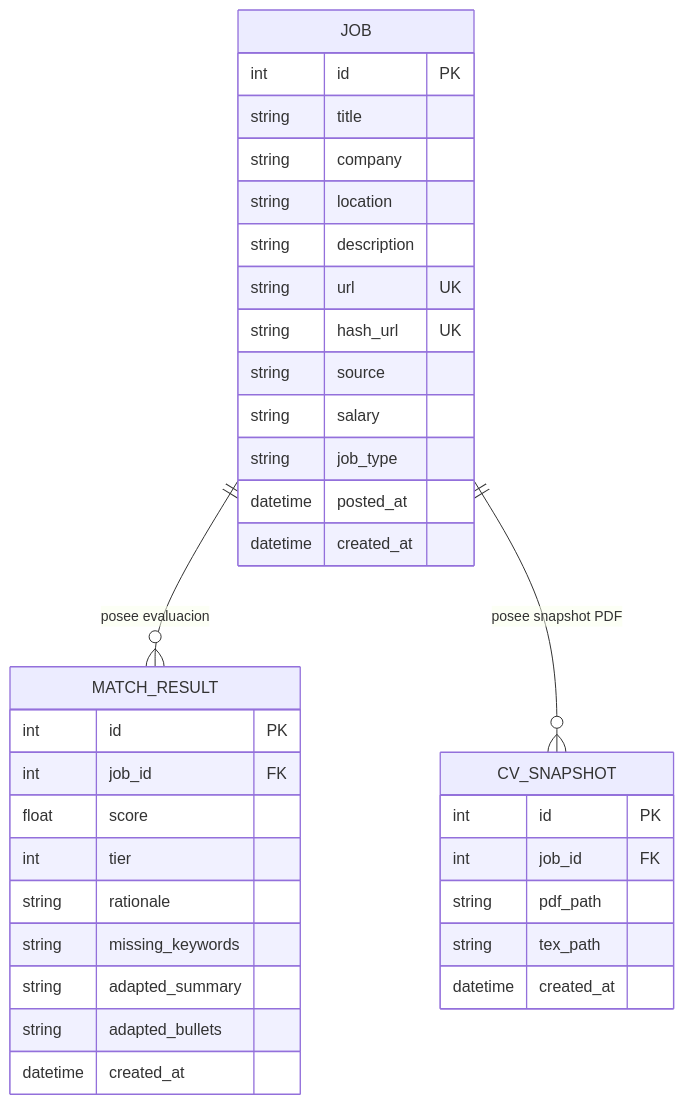
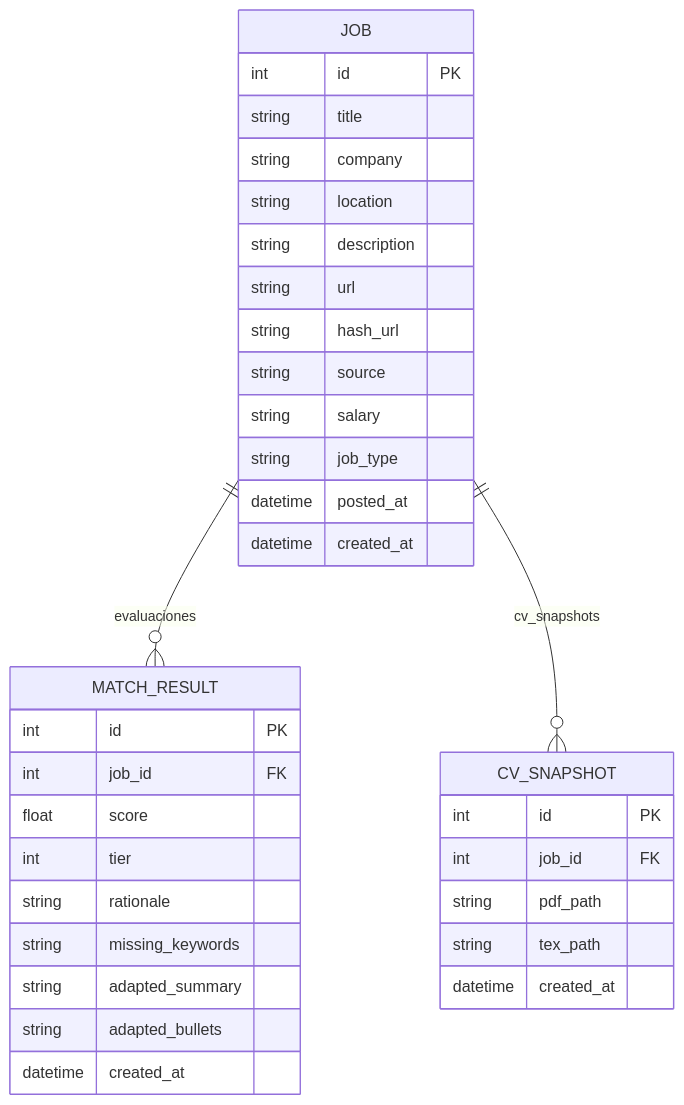
The second of 2 diagrams in docs/ARCHITECTURE.md (rigbarra/job-fit), drawn with Mermaid before and after one commit. The commit also changed other lines of this file and 1 other file, not shown here.

Commit message:
fix(docs): corregir sintaxis de diagramas Mermaid para renderizado en GitHub y Obsidian

````diff
--- a/docs/ARCHITECTURE.md
+++ b/docs/ARCHITECTURE.md
@@ -63,40 +63,40 @@
 ```mermaid
 erDiagram
-    JOB ||--o{ MATCH_RESULT : "posee evaluacion"
-    JOB ||--o{ CV_SNAPSHOT : "posee snapshot PDF"
+    JOB ||--o{ MATCH_RESULT : "evaluaciones"
+    JOB ||--o{ CV_SNAPSHOT : "cv_snapshots"
 
     JOB {
         int id PK
         string title
         string company
         string location
         string description
-        string url UK
-        string hash_url UK
+        string url
+        string hash_url
         string source
         string salary
         string job_type
         datetime posted_at
         datetime created_at
     }
 
     MATCH_RESULT {
         int id PK
         int job_id FK
         float score
         int tier
         string rationale
         string missing_keywords
         string adapted_summary
         string adapted_bullets
         datetime created_at
     }
 
     CV_SNAPSHOT {
         int id PK
         int job_id FK
         string pdf_path
         string tex_path
         datetime created_at
     }
 ```
````
